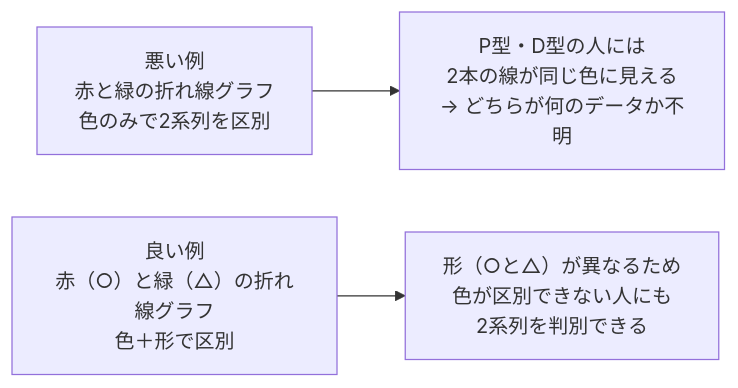
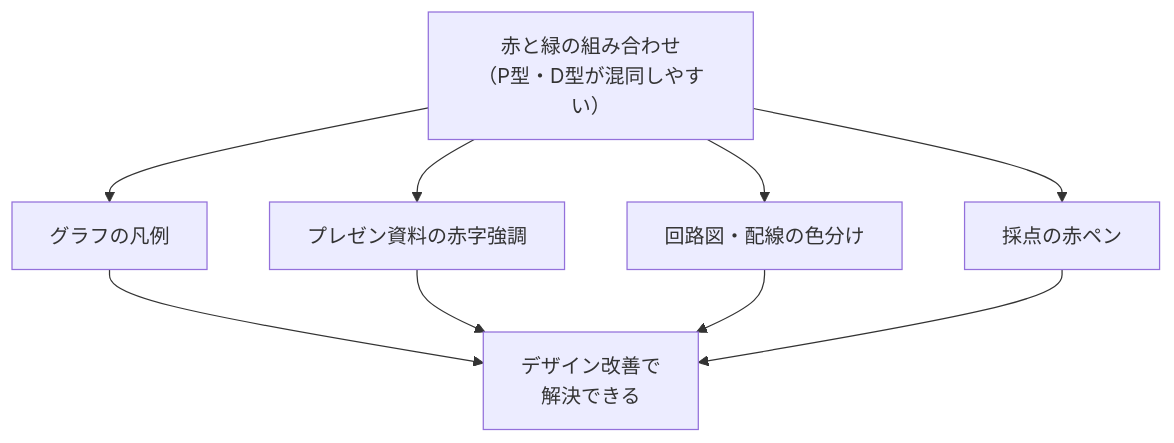
The first of 2 diagrams in docs/lessons/lesson20/index.md (ozaki25/color-coordination-training-ozaki25), drawn with Mermaid before and after one commit. The commit also changed other lines of this file and 39 other files, not shown here.

````diff
--- a/docs/lessons/lesson20/index.md
+++ b/docs/lessons/lesson20/index.md
@@ -33,5 +61,11 @@
 ```mermaid
-graph LR
-    A["悪い例\n赤と緑の折れ線グラフ\n色のみで2系列を区別"] --> B["P型・D型の人には\n2本の線が同じ色に見える\n→ どちらが何のデータか不明"]
-    C["良い例\n赤（○）と緑（△）の折れ線グラフ\n色＋形で区別"] --> D["形（○と△）が異なるため\n色が区別できない人にも\n2系列を判別できる"]
+graph TD
+    A["赤と緑の組み合わせ\n（P型・D型が混同しやすい）"] --> B["グラフの凡例"]
+    A --> C["プレゼン資料の赤字強調"]
+    A --> D["回路図・配線の色分け"]
+    A --> E["採点の赤ペン"]
+    B --> F["デザイン改善で\n解決できる"]
+    C --> F
+    D --> F
+    E --> F
 ```
````
